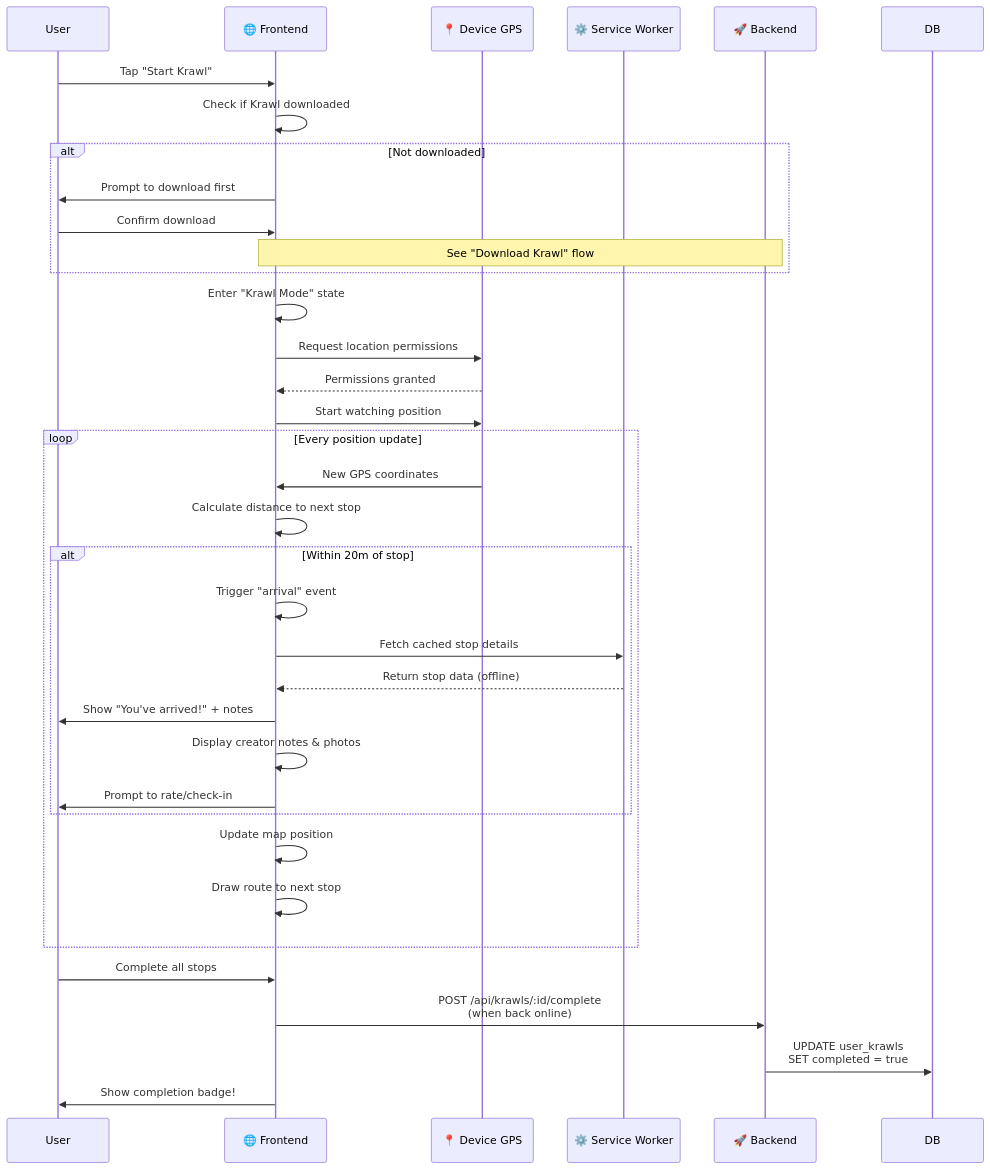
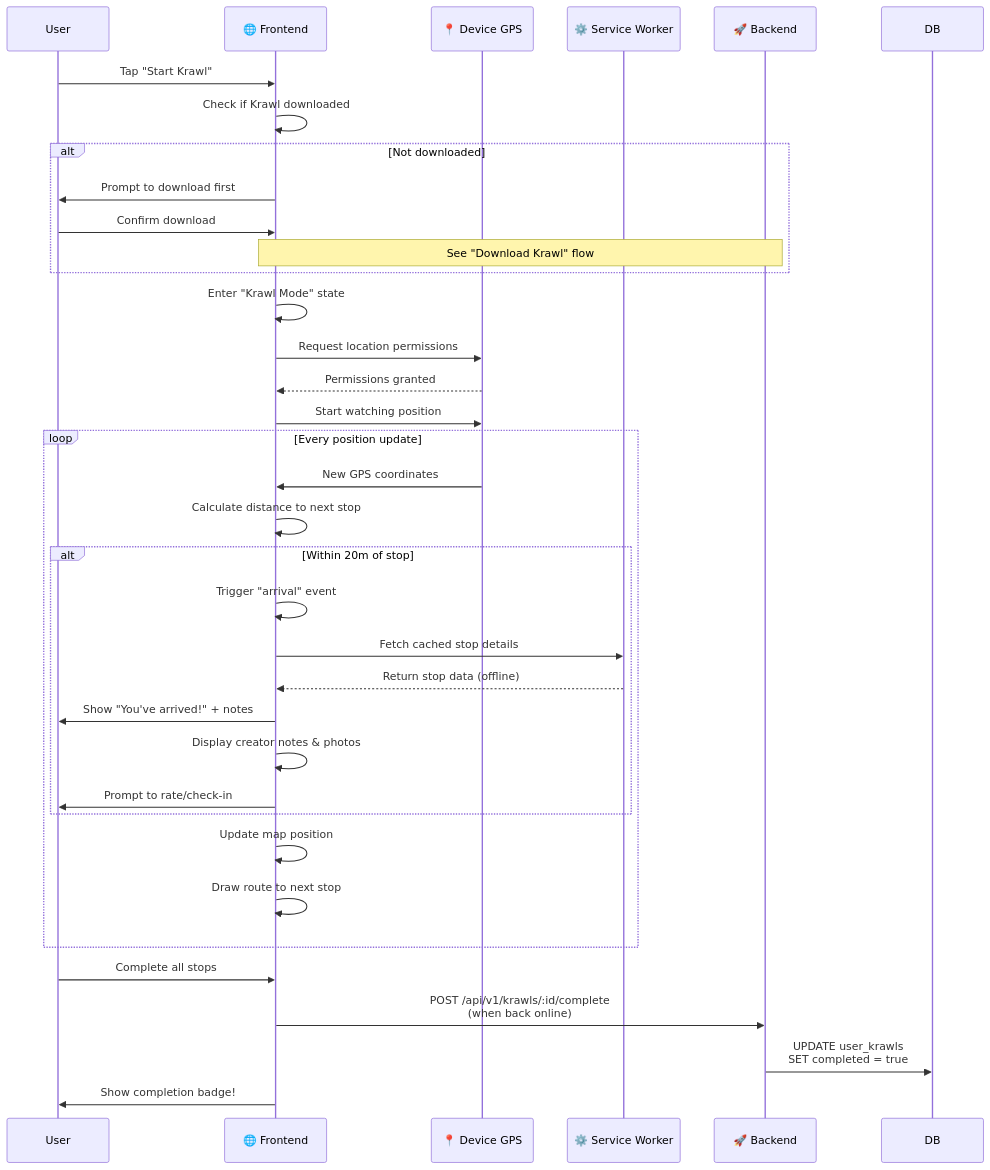
Before and after one commit to jlescarlan11/krawl: the eighth of 11 diagrams in docs/system-design.md, drawn with Mermaid. The commit also changed other lines of this file and 40 other files, not shown here.

````diff
--- a/docs/system-design.md
+++ b/docs/system-design.md
@@ -425,44 +425,44 @@
 ```mermaid
 sequenceDiagram
     participant User
     participant FE as 🌐 Frontend
     participant GPS as 📍 Device GPS
     participant SW as ⚙️ Service Worker
     participant BE as 🚀 Backend
     
     User->>FE: Tap "Start Krawl"
     FE->>FE: Check if Krawl downloaded
     
     alt Not downloaded
         FE->>User: Prompt to download first
         User->>FE: Confirm download
         Note over FE,BE: See "Download Krawl" flow
     end
     
     FE->>FE: Enter "Krawl Mode" state
     FE->>GPS: Request location permissions
     GPS-->>FE: Permissions granted
     FE->>GPS: Start watching position
     
     loop Every position update
         GPS->>FE: New GPS coordinates
         FE->>FE: Calculate distance to next stop
         
         alt Within 20m of stop
             FE->>FE: Trigger "arrival" event
             FE->>SW: Fetch cached stop details
             SW-->>FE: Return stop data (offline)
             FE->>User: Show "You've arrived!" + notes
             FE->>FE: Display creator notes & photos
             FE->>User: Prompt to rate/check-in
         end
         
         FE->>FE: Update map position
         FE->>FE: Draw route to next stop
     end
     
     User->>FE: Complete all stops
-    FE->>BE: POST /api/krawls/:id/complete<br/>(when back online)
+    FE->>BE: POST /api/v1/krawls/:id/complete<br/>(when back online)
     BE->>DB: UPDATE user_krawls<br/>SET completed = true
     FE->>User: Show completion badge!
 ```
````
